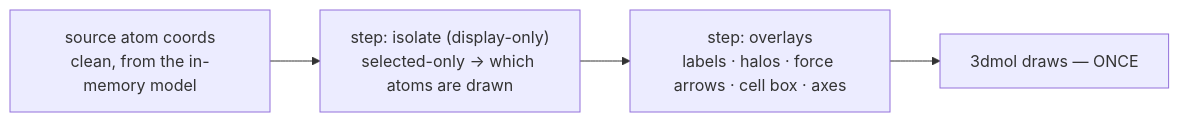
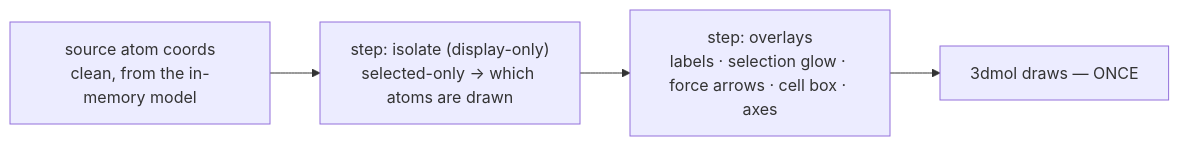
The second of 9 diagrams in docs/protocols/molview-module.md (Qing-LAB/molbuilder), drawn with Mermaid before and after one commit. The commit also changed other lines of this file and 14 other files, not shown here.

````diff
--- a/docs/protocols/molview-module.md
+++ b/docs/protocols/molview-module.md
@@ -67,8 +67,8 @@
 ```mermaid
 flowchart LR
     SRC["source atom coords<br/>clean, from the in-memory model"]
     ISO["step: isolate (display-only)<br/>selected-only → which atoms are drawn"]
-    OVL["step: overlays<br/>labels · halos · force arrows · cell box · axes"]
+    OVL["step: overlays<br/>labels · selection glow · force arrows · cell box · axes"]
     DRAW["3dmol draws — ONCE"]
     SRC --> ISO --> OVL --> DRAW
 ```
````
